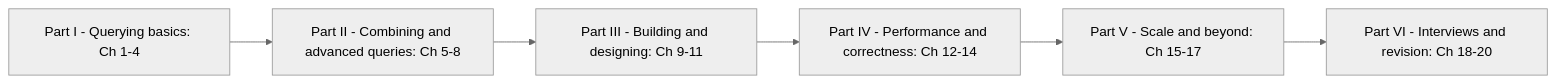
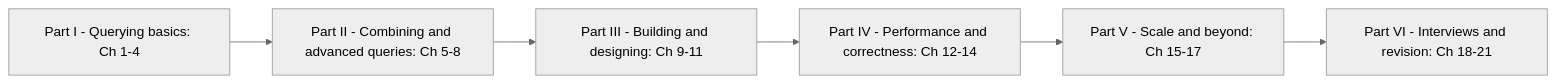
Before and after one commit to vsns11/interview_notes: the diagram in sql/README.md, drawn with Mermaid (neutral theme). The commit also changed other lines of this file and 5 other files, not shown here.

````diff
--- a/sql/README.md
+++ b/sql/README.md
@@ -48,8 +49,8 @@
 ```mermaid
 flowchart LR
     A["Part I - Querying basics: Ch 1-4"] --> B["Part II - Combining and advanced queries: Ch 5-8"]
     B --> C["Part III - Building and designing: Ch 9-11"]
     C --> D["Part IV - Performance and correctness: Ch 12-14"]
     D --> E["Part V - Scale and beyond: Ch 15-17"]
-    E --> F["Part VI - Interviews and revision: Ch 18-20"]
+    E --> F["Part VI - Interviews and revision: Ch 18-21"]
 ```
````
